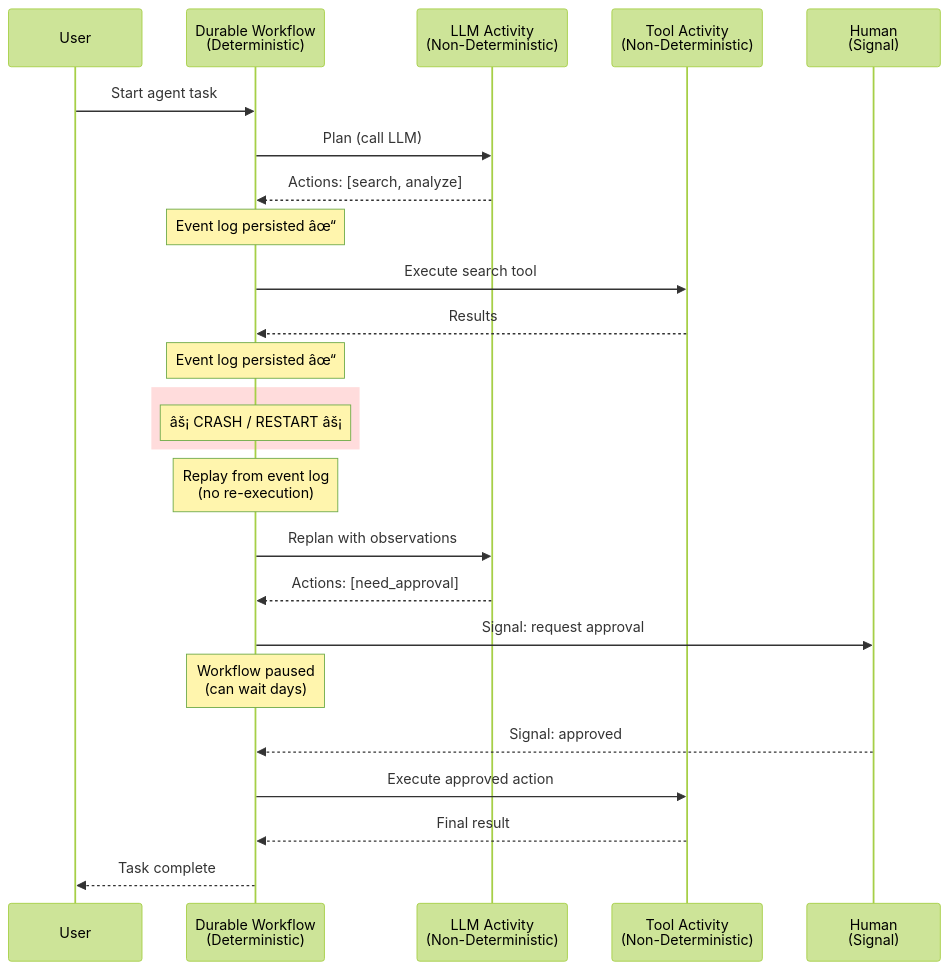
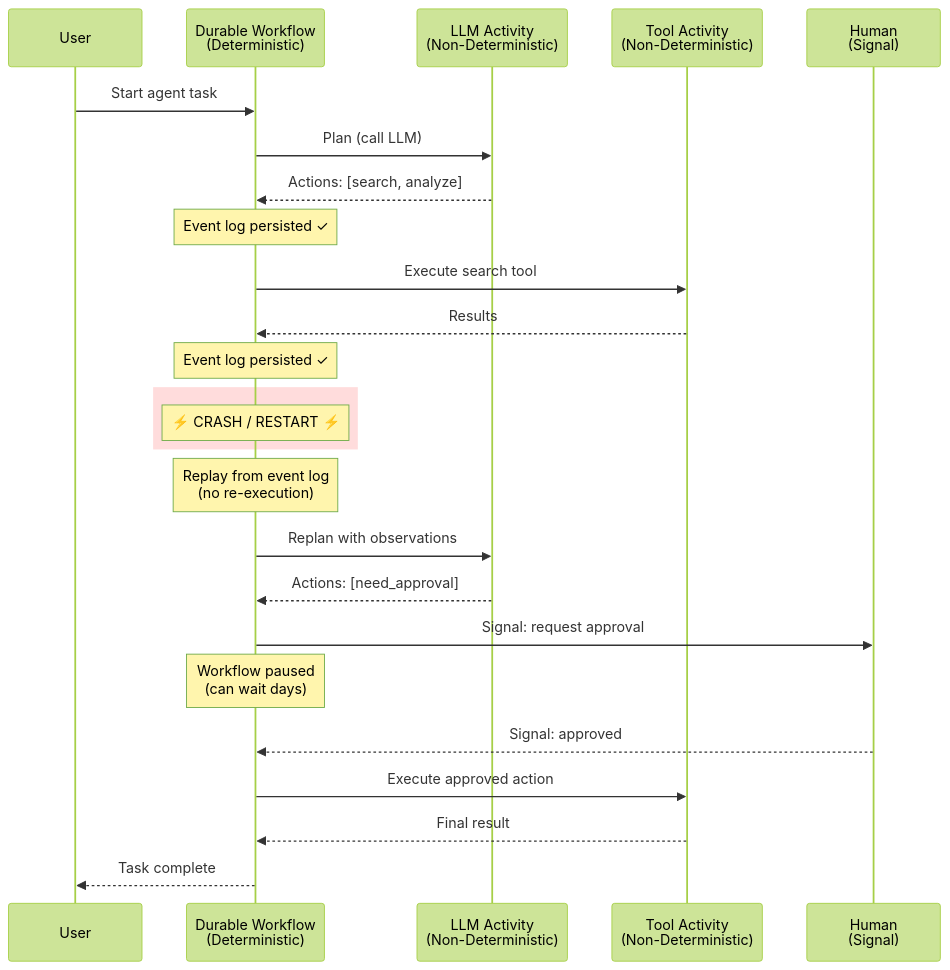
Before and after one commit to lookatitude/beluga-ai: the third of 3 diagrams in docs/concepts.md, drawn with Mermaid (forest theme). The commit also changed other lines of this file and 222 other files, not shown here.

````diff
--- a/docs/concepts.md
+++ b/docs/concepts.md
@@ -550,34 +550,34 @@
 ```mermaid
 sequenceDiagram
     participant User
     participant Workflow as Durable Workflow<br/>(Deterministic)
     participant LLM as LLM Activity<br/>(Non-Deterministic)
     participant Tool as Tool Activity<br/>(Non-Deterministic)
     participant Human as Human<br/>(Signal)
 
     User->>Workflow: Start agent task
     Workflow->>LLM: Plan (call LLM)
     LLM-->>Workflow: Actions: [search, analyze]
-    Note over Workflow: Event log persisted âœ“
+    Note over Workflow: Event log persisted ✓
 
     Workflow->>Tool: Execute search tool
     Tool-->>Workflow: Results
-    Note over Workflow: Event log persisted âœ“
+    Note over Workflow: Event log persisted ✓
 
     rect rgb(255, 220, 220)
-        Note over Workflow: âš¡ CRASH / RESTART âš¡
+        Note over Workflow: ⚡ CRASH / RESTART ⚡
     end
 
     Note over Workflow: Replay from event log<br/>(no re-execution)
 
     Workflow->>LLM: Replan with observations
     LLM-->>Workflow: Actions: [need_approval]
 
     Workflow->>Human: Signal: request approval
     Note over Workflow: Workflow paused<br/>(can wait days)
     Human-->>Workflow: Signal: approved
 
     Workflow->>Tool: Execute approved action
     Tool-->>Workflow: Final result
     Workflow-->>User: Task complete
 ```
````
